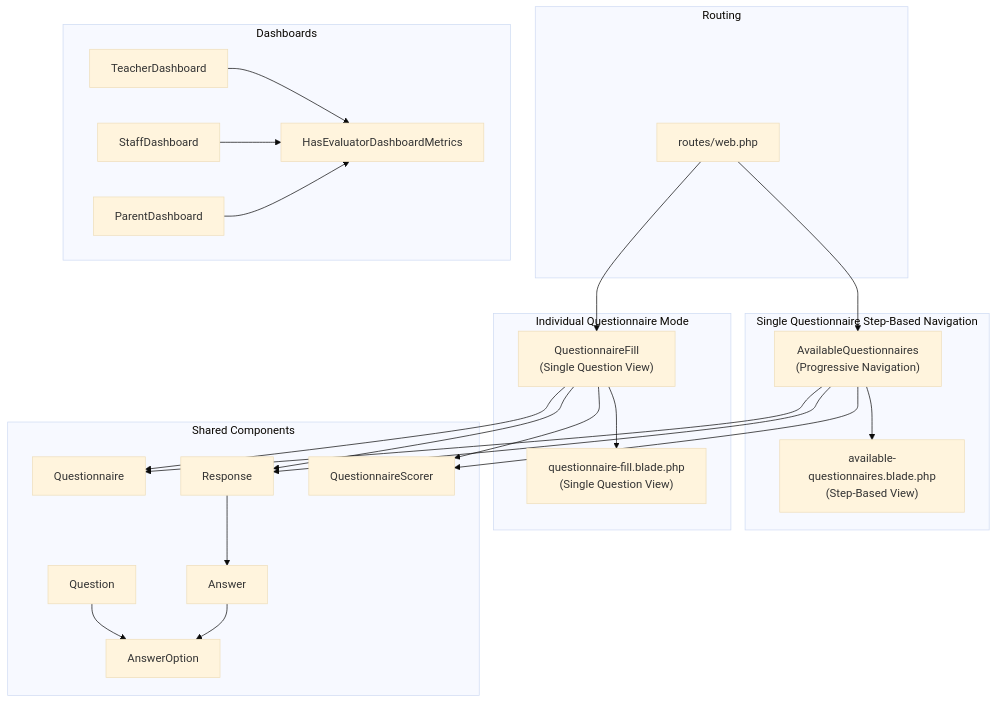
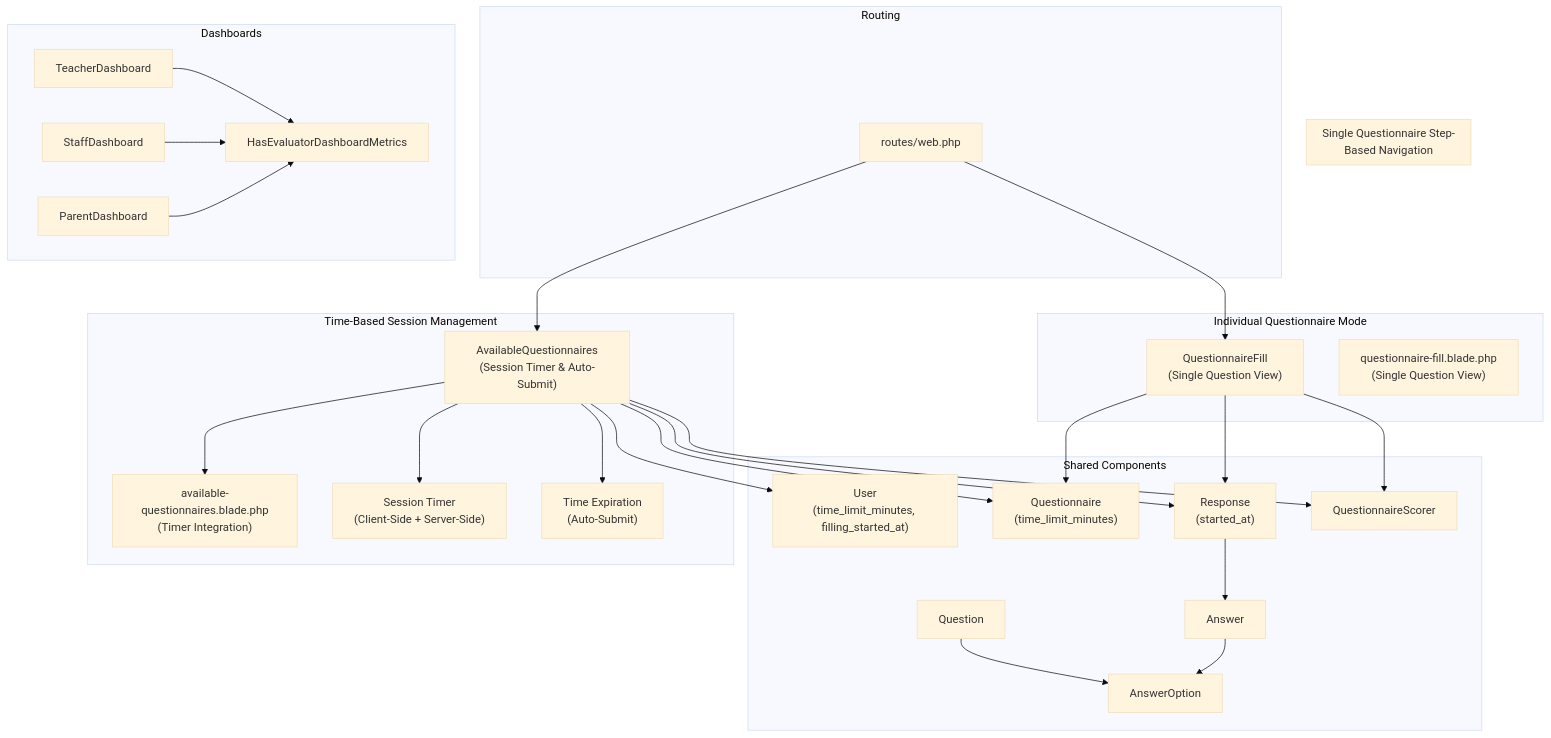
Before and after one commit to rudicatsmile/assesment360: the first of 9 diagrams in .qoder/repowiki/en/content/Core Features/Evaluation Workflows/Questionnaire Filling Interface.md, drawn with Mermaid (base theme). The commit also changed other lines of this file and 6 other files, not shown here.

````diff
--- a/.qoder/repowiki/en/content/Core Features/Evaluation Workflows/Questionnaire Filling Interface.md
+++ b/.qoder/repowiki/en/content/Core Features/Evaluation Workflows/Questionnaire Filling Interface.md
@@ -55,44 +61,51 @@
 ```mermaid
 graph TB
+subgraph "Time-Based Session Management"
+AQ["AvailableQuestionnaires<br/>(Session Timer & Auto-Submit)"]
+AQV["available-questionnaires.blade.php<br/>(Timer Integration)"]
+ST["Session Timer<br/>(Client-Side + Server-Side)"]
+TE["Time Expiration<br/>(Auto-Submit)"]
+end
 subgraph "Single Questionnaire Step-Based Navigation"
-AQ["AvailableQuestionnaires<br/>(Progressive Navigation)"]
-AQV["available-questionnaires.blade.php<br/>(Step-Based View)"]
+AQ --> AQV
+AQ --> ST
+AQ --> TE
 end
 subgraph "Individual Questionnaire Mode"
 WF["QuestionnaireFill<br/>(Single Question View)"]
 QF["questionnaire-fill.blade.php<br/>(Single Question View)"]
 end
 subgraph "Shared Components"
-QN["Questionnaire"]
+QN["Questionnaire<br/>(time_limit_minutes)"]
 QT["Question"]
 AO["AnswerOption"]
-RP["Response"]
+RP["Response<br/>(started_at)"]
 AN["Answer"]
+US["User<br/>(time_limit_minutes, filling_started_at)"]
 SC["QuestionnaireScorer"]
 end
 subgraph "Routing"
 RT["routes/web.php"]
 end
 subgraph "Dashboards"
 TD["TeacherDashboard"]
 SD["StaffDashboard"]
 PD["ParentDashboard"]
 METRICS["HasEvaluatorDashboardMetrics"]
 end
-AQ --> AQV
-WF --> QF
+AQ --> US
 AQ --> QN
 WF --> QN
 AQ --> RP
 WF --> RP
 RP --> AN
 QT --> AO
 AN --> AO
 AQ --> SC
 WF --> SC
 RT --> AQ
 RT --> WF
 TD --> METRICS
 SD --> METRICS
 PD --> METRICS
 ```
````
